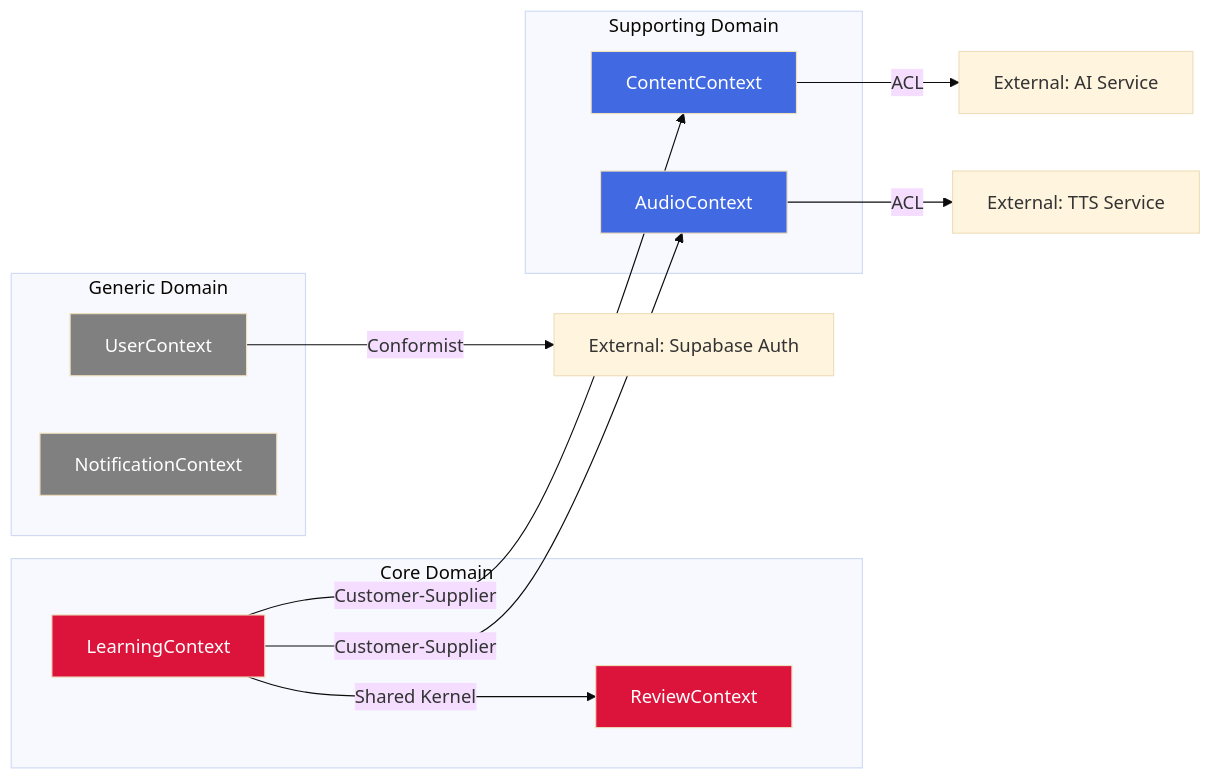
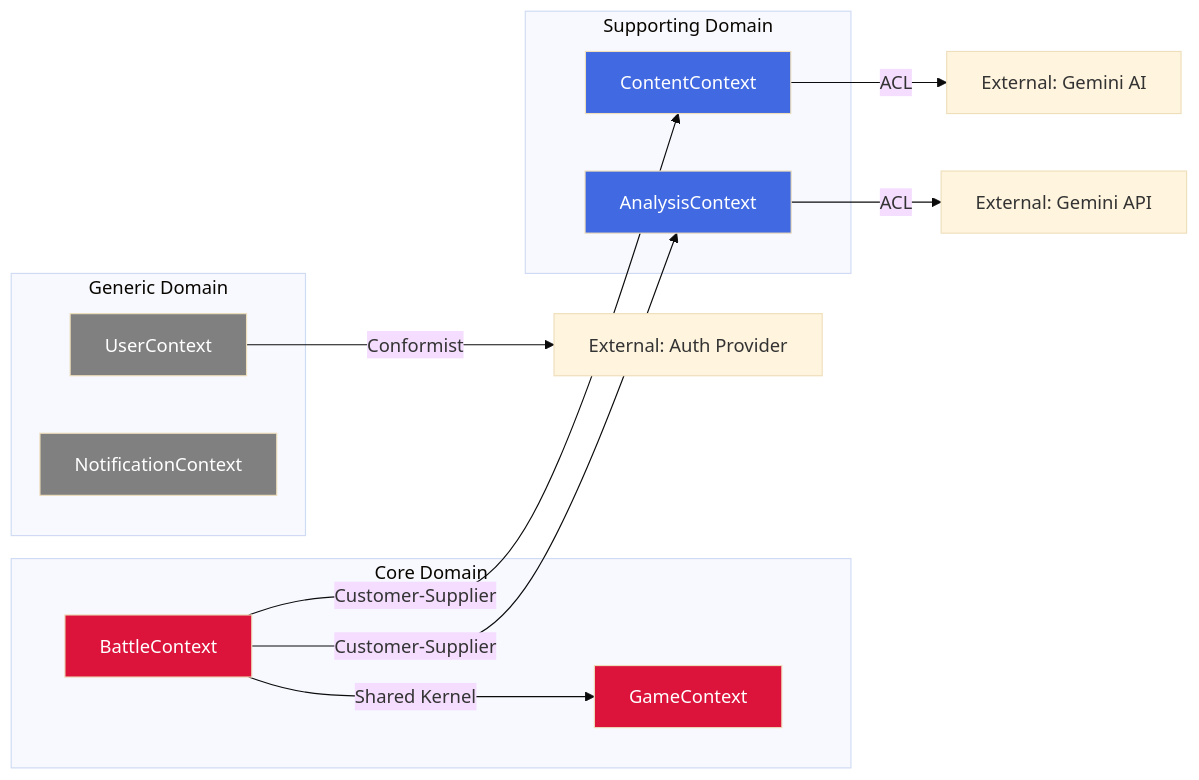
Before and after one commit to buddypia/kaiju-voice: the second of 5 diagrams in .claude/skills/domain-modeler/references/ddd-strategic-patterns.md, drawn with Mermaid (base theme). The commit also changed other lines of this file and 353 other files, not shown here.

````diff
--- a/.claude/skills/domain-modeler/references/ddd-strategic-patterns.md
+++ b/.claude/skills/domain-modeler/references/ddd-strategic-patterns.md
@@ -101,31 +101,31 @@
 ```mermaid
 flowchart LR
     subgraph Core["Core Domain"]
-        LC[LearningContext]
-        RC[ReviewContext]
+        BC[BattleContext]
+        GC[GameContext]
     end
 
     subgraph Supporting["Supporting Domain"]
         CC[ContentContext]
-        AC[AudioContext]
+        AC[AnalysisContext]
     end
 
     subgraph Generic["Generic Domain"]
         UC[UserContext]
         NC[NotificationContext]
     end
 
-    LC -->|Customer-Supplier| CC
-    LC -->|Shared Kernel| RC
-    LC -->|Customer-Supplier| AC
-    CC -->|ACL| ExtAI[External: AI Service]
-    AC -->|ACL| ExtTTS[External: TTS Service]
-    UC -->|Conformist| ExtAuth[External: Supabase Auth]
+    BC -->|Customer-Supplier| CC
+    BC -->|Shared Kernel| GC
+    BC -->|Customer-Supplier| AC
+    CC -->|ACL| ExtAI[External: Gemini AI]
+    AC -->|ACL| ExtAPI[External: Gemini API]
+    UC -->|Conformist| ExtAuth[External: Auth Provider]
 
-    style LC fill:#DC143C,color:#fff
-    style RC fill:#DC143C,color:#fff
+    style BC fill:#DC143C,color:#fff
+    style GC fill:#DC143C,color:#fff
     style CC fill:#4169E1,color:#fff
     style AC fill:#4169E1,color:#fff
     style UC fill:#808080,color:#fff
     style NC fill:#808080,color:#fff
 ```
````
